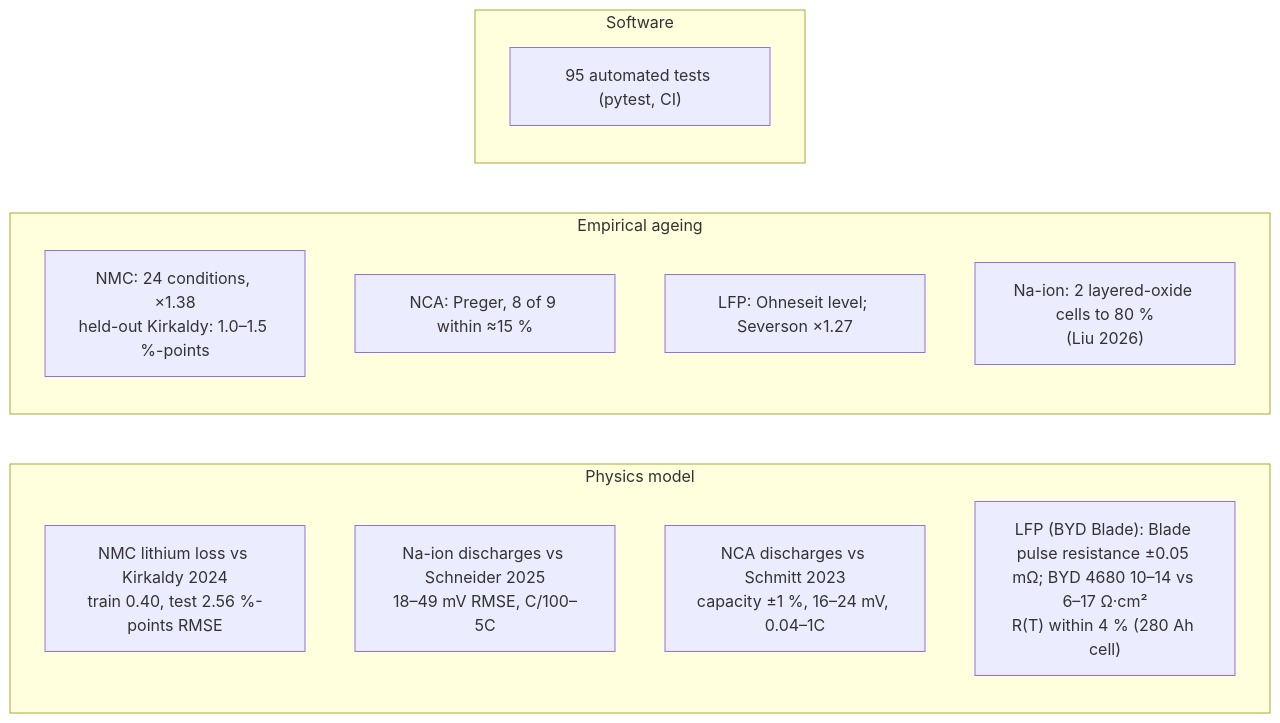
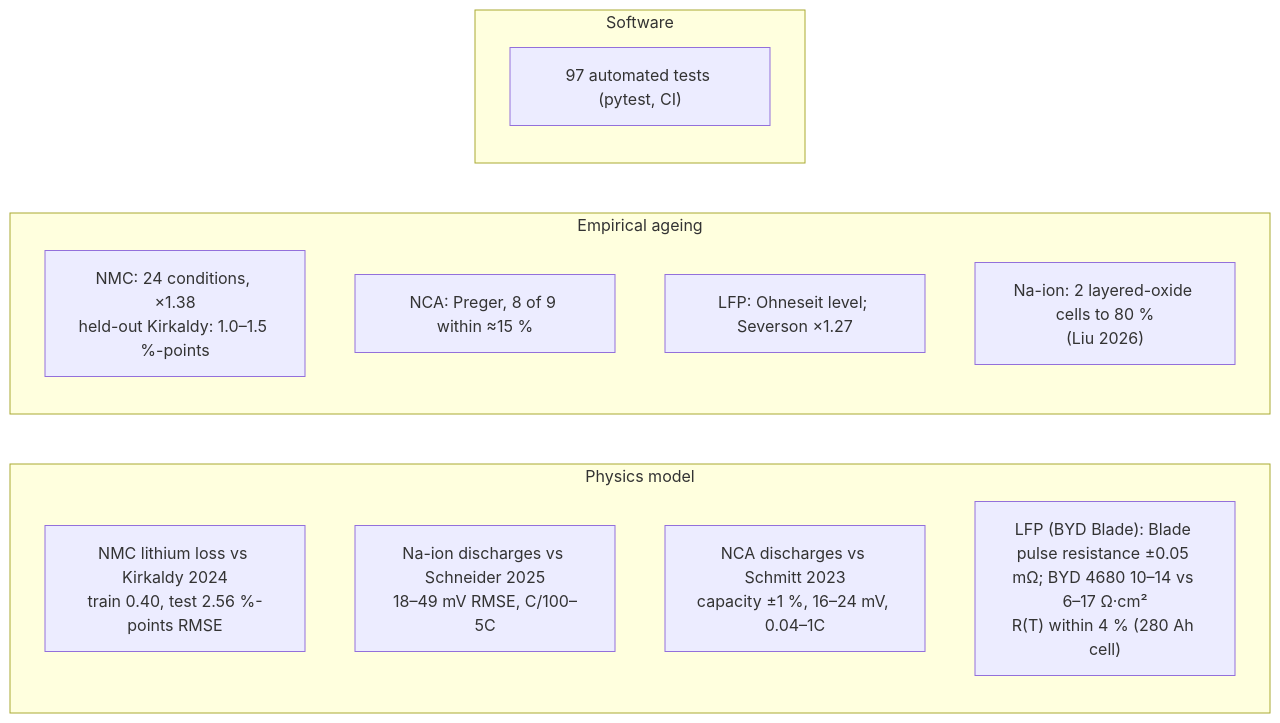
Before and after one commit to TheJohn01/DigitalTwinBattery: diagram 12 of 12 in README.md, drawn with Mermaid. The commit also changed other lines of this file and 6 other files, not shown here.

````diff
--- a/README.md
+++ b/README.md
@@ -1323,18 +1347,18 @@
 ```mermaid
 flowchart LR
     subgraph PHY["Physics model"]
         V1["NMC lithium loss vs Kirkaldy 2024<br/>train 0.40, test 2.56 %-points RMSE"]
         V0["Na-ion discharges vs Schneider 2025<br/>18–49 mV RMSE, C/100–5C"]
         V7["NCA discharges vs Schmitt 2023<br/>capacity ±1 %, 16–24 mV, 0.04–1C"]
         V8["LFP (BYD Blade): Blade pulse resistance ±0.05 mΩ; BYD 4680 10–14 vs 6–17 Ω·cm²<br/>R(T) within 4 % (280 Ah cell)"]
     end
     subgraph EMP["Empirical ageing"]
         V2["NMC: 24 conditions, ×1.38<br/>held-out Kirkaldy: 1.0–1.5 %-points"]
         V3["NCA: Preger, 8 of 9 within ≈15 %"]
         V4["LFP: Ohneseit level; Severson ×1.27"]
         V5["Na-ion: 2 layered-oxide cells to 80 %<br/>(Liu 2026)"]
     end
     subgraph SW["Software"]
-        V6["95 automated tests (pytest, CI)"]
+        V6["97 automated tests (pytest, CI)"]
     end
 ```
````
